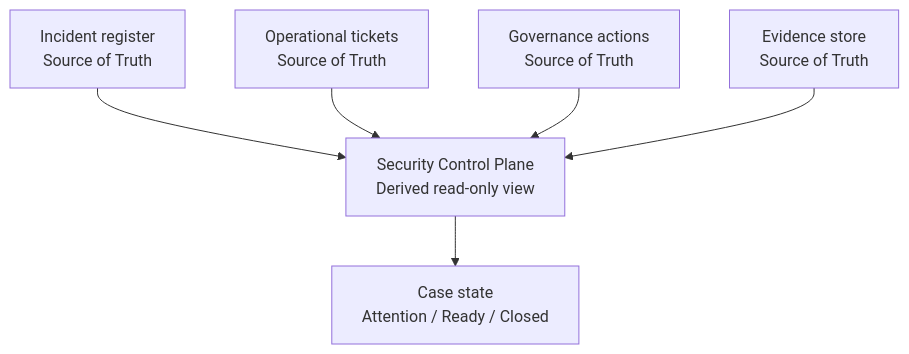
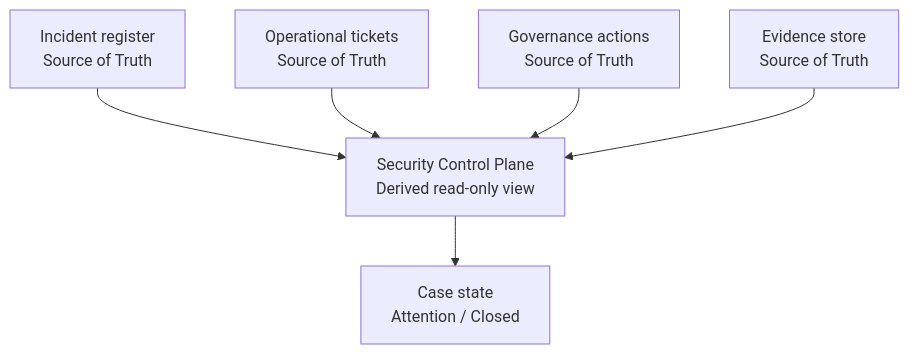
The diagram in README.md (Jonnenpijonne/security-control-plane-portfolio), drawn with Mermaid before and after one commit.

Commit message:
Align diagram with implemented lifecycle states

````diff
--- a/README.md
+++ b/README.md
@@ -45,8 +45,8 @@
 ```mermaid
 flowchart TD
     I["Incident register\nSource of Truth"] --> C["Security Control Plane\nDerived read-only view"]
     T["Operational tickets\nSource of Truth"] --> C
     G["Governance actions\nSource of Truth"] --> C
     E["Evidence store\nSource of Truth"] --> C
-    C --> D["Case state\nAttention / Ready / Closed"]
+    C --> D["Case state\nAttention / Closed"]
 ```
````
